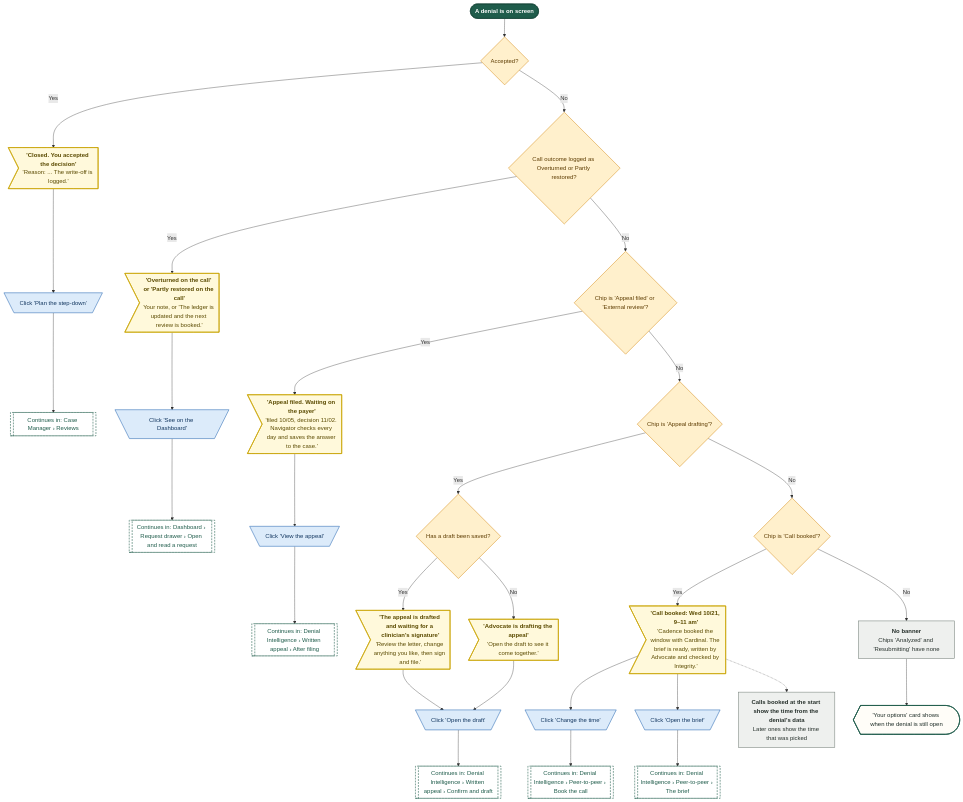
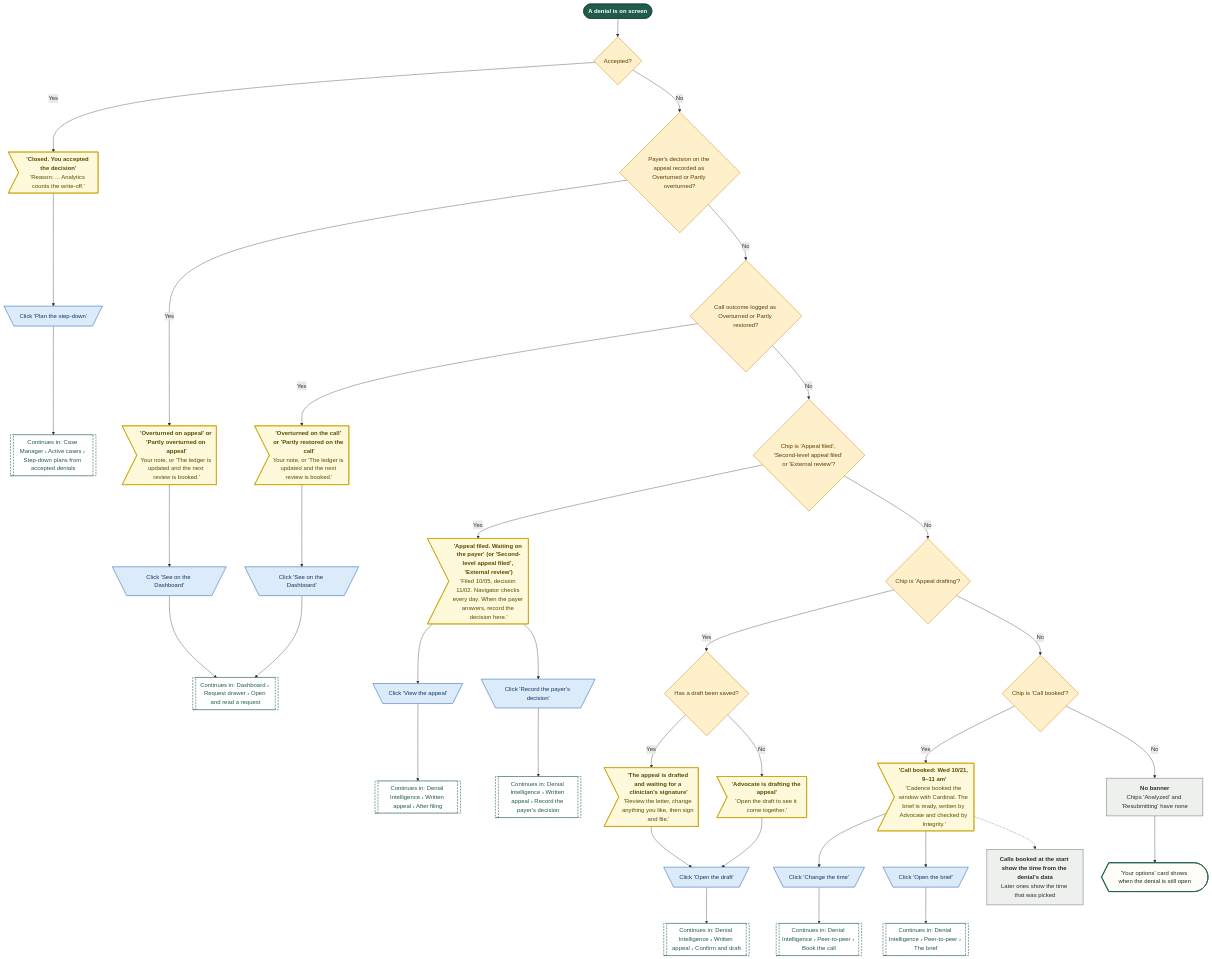
Before and after one commit to Shrav143/psyfloapp: the fourth of 20 diagrams in demos/prior-auth-demo/workflows/out/md/06-denials.md, drawn with Mermaid. The commit also changed other lines of this file and 195 other files, not shown here.

First line of the commit message:
docs: Rebuild workflow diagrams after the demo fixes (220 diagrams)

````diff
--- a/demos/prior-auth-demo/workflows/out/md/06-denials.md
+++ b/demos/prior-auth-demo/workflows/out/md/06-denials.md
@@ -246,71 +254,79 @@
 ```mermaid
 %%{init: {"theme":"base","themeVariables":{"fontFamily":"'DM Sans', 'Segoe UI', system-ui, sans-serif","fontSize":"15px","lineColor":"#5B6B63","primaryTextColor":"#1C2B25","clusterBkg":"#FBF8F3","clusterBorder":"#D9CDBB","edgeLabelBackground":"#FFFFFF"},"flowchart":{"curve":"basis","nodeSpacing":36,"rankSpacing":48,"padding":12,"htmlLabels":true,"useMaxWidth":false,"wrappingWidth":230}} }%%
 flowchart TD
   classDef k_start fill:#1F5C4B,stroke:#174638,color:#FFFFFF,stroke-width:1.5px,font-weight:600
   classDef k_end fill:#DDEFE3,stroke:#2E7D4F,color:#14502F,stroke-width:1.5px,font-weight:600
   classDef k_endx fill:#FBE3E0,stroke:#C0392B,color:#7A1F16,stroke-width:1.5px,font-weight:600
   classDef k_screen fill:#FFFDF8,stroke:#1F5C4B,color:#1C2B25,stroke-width:2px
   classDef k_overlay fill:#F1F7F3,stroke:#1F5C4B,color:#1C2B25,stroke-width:2px,stroke-dasharray:5 3
   classDef k_click fill:#DCEBFA,stroke:#2F6DB5,color:#12365F,stroke-width:1.5px
   classDef k_input fill:#E4E7FF,stroke:#4C5FD5,color:#1D2670,stroke-width:1.5px
   classDef k_process fill:#EEF0EE,stroke:#7A857F,color:#26302B,stroke-width:1.5px
   classDef k_agent fill:#EEE5FA,stroke:#7A4FC2,color:#341A63,stroke-width:1.5px
   classDef k_decision fill:#FFF0CC,stroke:#D9962B,color:#5C3B00,stroke-width:1.5px
   classDef k_store fill:#D5F0EA,stroke:#1C8E7B,color:#0B4A3F,stroke-width:1.5px
   classDef k_doc fill:#F6E9DC,stroke:#B07A4C,color:#4A2E14,stroke-width:1.5px
   classDef k_ext fill:#FFE6D2,stroke:#E07B39,color:#6B2F06,stroke-width:1.5px
   classDef k_wait fill:#E4E8EE,stroke:#6B7C93,color:#26303D,stroke-width:1.5px
   classDef k_toast fill:#FFF9DB,stroke:#C9A400,color:#5A4A00,stroke-width:1.5px
   classDef k_goto fill:#FFFFFF,stroke:#1F5C4B,color:#1F5C4B,stroke-width:1.5px,stroke-dasharray:5 3
   s1@{ shape: stadium, label: "A denial is on screen" }
   d1@{ shape: diam, label: "Accepted?" }
-  t1@{ shape: odd, label: "<b>'Closed. You accepted the decision'</b><br/>'Reason: ... The write-off is logged.'" }
+  t1@{ shape: odd, label: "<b>'Closed. You accepted the decision'</b><br/>'Reason: ... Analytics counts the write-off.'" }
   c1@{ shape: trap-t, label: "Click 'Plan the step-down'" }
-  g1@{ shape: subproc, label: "Continues in: Case Manager › Reviews" }
+  g1@{ shape: subproc, label: "Continues in: Case Manager › Active cases › Step-down plans from accepted denials" }
+  d2a@{ shape: diam, label: "Payer's decision on the appeal recorded as Overturned or Partly overturned?" }
+  t2a@{ shape: odd, label: "<b>'Overturned on appeal' or 'Partly overturned on appeal'</b><br/>Your note, or 'The ledger is updated and the next review is booked.'" }
+  c2a@{ shape: trap-t, label: "Click 'See on the Dashboard'" }
   d2@{ shape: diam, label: "Call outcome logged as Overturned or Partly restored?" }
   t2@{ shape: odd, label: "<b>'Overturned on the call' or 'Partly restored on the call'</b><br/>Your note, or 'The ledger is updated and the next review is booked.'" }
   c2@{ shape: trap-t, label: "Click 'See on the Dashboard'" }
   g2@{ shape: subproc, label: "Continues in: Dashboard › Request drawer › Open and read a request" }
-  d3@{ shape: diam, label: "Chip is 'Appeal filed' or 'External review'?" }
-  t3@{ shape: odd, label: "<b>'Appeal filed. Waiting on the payer'</b><br/>'filed 10/05, decision 11/02. Navigator checks every day and saves the answer to the case.'" }
+  d3@{ shape: diam, label: "Chip is 'Appeal filed', 'Second-level appeal filed' or 'External review'?" }
+  t3@{ shape: odd, label: "<b>'Appeal filed. Waiting on the payer' (or 'Second-level appeal filed', 'External review')</b><br/>'Filed 10/05, decision 11/02. Navigator checks every day. When the payer answers, record the decision here.'" }
   c3@{ shape: trap-t, label: "Click 'View the appeal'" }
+  c3a@{ shape: trap-t, label: "Click 'Record the payer's decision'" }
   g3@{ shape: subproc, label: "Continues in: Denial Intelligence › Written appeal › After filing" }
+  g3a@{ shape: subproc, label: "Continues in: Denial Intelligence › Written appeal › Record the payer's decision" }
   d4@{ shape: diam, label: "Chip is 'Appeal drafting'?" }
   d5@{ shape: diam, label: "Has a draft been saved?" }
   t4@{ shape: odd, label: "<b>'The appeal is drafted and waiting for a clinician's signature'</b><br/>'Review the letter, change anything you like, then sign and file.'" }
   t5@{ shape: odd, label: "<b>'Advocate is drafting the appeal'</b><br/>'Open the draft to see it come together.'" }
   c4@{ shape: trap-t, label: "Click 'Open the draft'" }
   g4@{ shape: subproc, label: "Continues in: Denial Intelligence › Written appeal › Confirm and draft" }
   d6@{ shape: diam, label: "Chip is 'Call booked'?" }
   t6@{ shape: odd, label: "<b>'Call booked: Wed 10/21, 9–11 am'</b><br/>'Cadence booked the window with Cardinal. The brief is ready, written by Advocate and checked by Integrity.'" }
   c5@{ shape: trap-t, label: "Click 'Change the time'" }
   c6@{ shape: trap-t, label: "Click 'Open the brief'" }
   g5@{ shape: subproc, label: "Continues in: Denial Intelligence › Peer-to-peer › Book the call" }
   g6@{ shape: subproc, label: "Continues in: Denial Intelligence › Peer-to-peer › The brief" }
   p1@{ shape: rect, label: "<b>No banner</b><br/>Chips 'Analyzed' and 'Resubmitting' have none" }
   sc1@{ shape: curv-trap, label: "'Your options' card shows when the denial is still open" }
   p2@{ shape: rect, label: "<b>Calls booked at the start show the time from the denial's data</b><br/>Later ones show the time that was picked" }
   s1 --> d1
   d1 -->|"Yes"| t1 --> c1 --> g1
-  d1 -->|"No"| d2
+  d1 -->|"No"| d2a
+  d2a -->|"Yes"| t2a --> c2a --> g2
+  d2a -->|"No"| d2
   d2 -->|"Yes"| t2 --> c2 --> g2
   d2 -->|"No"| d3
   d3 -->|"Yes"| t3 --> c3 --> g3
+  t3 --> c3a --> g3a
   d3 -->|"No"| d4
   d4 -->|"Yes"| d5
   d5 -->|"Yes"| t4 --> c4
   d5 -->|"No"| t5 --> c4
   c4 --> g4
   d4 -->|"No"| d6
   d6 -->|"Yes"| t6 --> c5 --> g5
   t6 --> c6 --> g6
   t6 -.-> p2
   d6 -->|"No"| p1 --> sc1
   class s1 k_start
-  class d1,d2,d3,d4,d5,d6 k_decision
-  class t1,t2,t3,t4,t5,t6 k_toast
-  class c1,c2,c3,c4,c5,c6 k_click
-  class g1,g2,g3,g4,g5,g6 k_goto
+  class d1,d2a,d2,d3,d4,d5,d6 k_decision
+  class t1,t2a,t2,t3,t4,t5,t6 k_toast
+  class c1,c2a,c2,c3,c3a,c4,c5,c6 k_click
+  class g1,g2,g3,g3a,g4,g5,g6 k_goto
   class p1,p2 k_process
   class sc1 k_screen
 ```
````
